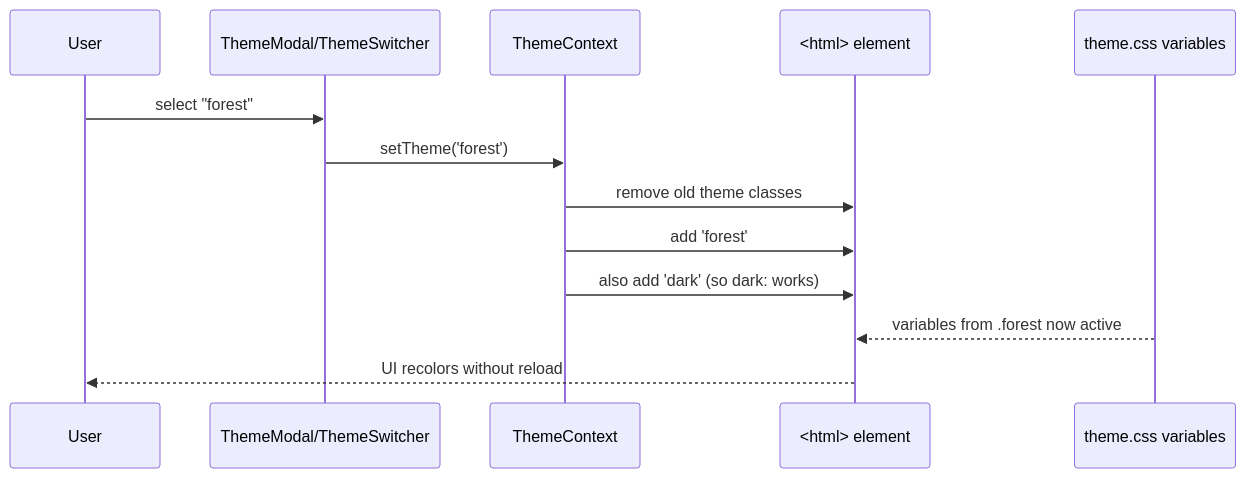
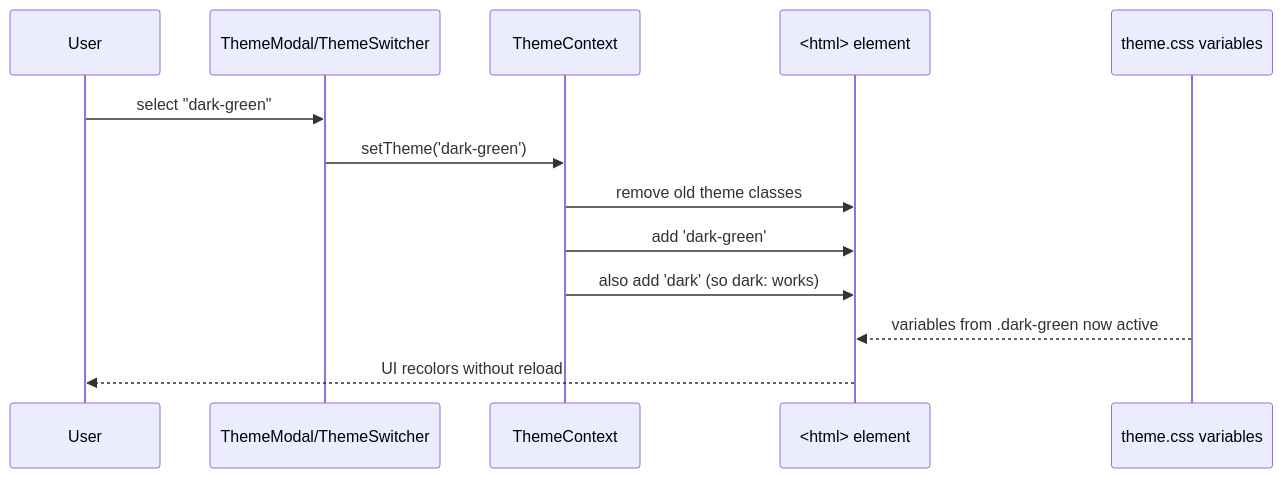
One commit to mike2153/NestWatcher changed the third of 3 diagrams in astyling-course.md. Above: the diagram before and after it, drawn with Mermaid. The commit also changed other lines of this file and 13 other files, not shown here.

````diff
--- a/astyling-course.md
+++ b/astyling-course.md
@@ -163,16 +163,16 @@
 ```mermaid
 sequenceDiagram
   participant User
   participant UI as ThemeModal/ThemeSwitcher
   participant TC as ThemeContext
   participant HTML as <html> element
   participant CSS as theme.css variables
 
-  User->>UI: select "forest"
-  UI->>TC: setTheme('forest')
+  User->>UI: select "dark-green"
+  UI->>TC: setTheme('dark-green')
   TC->>HTML: remove old theme classes
-  TC->>HTML: add 'forest'
+  TC->>HTML: add 'dark-green'
   TC->>HTML: also add 'dark' (so dark: works)
-  CSS-->>HTML: variables from .forest now active
+  CSS-->>HTML: variables from .dark-green now active
   HTML-->>User: UI recolors without reload
 ```
````
